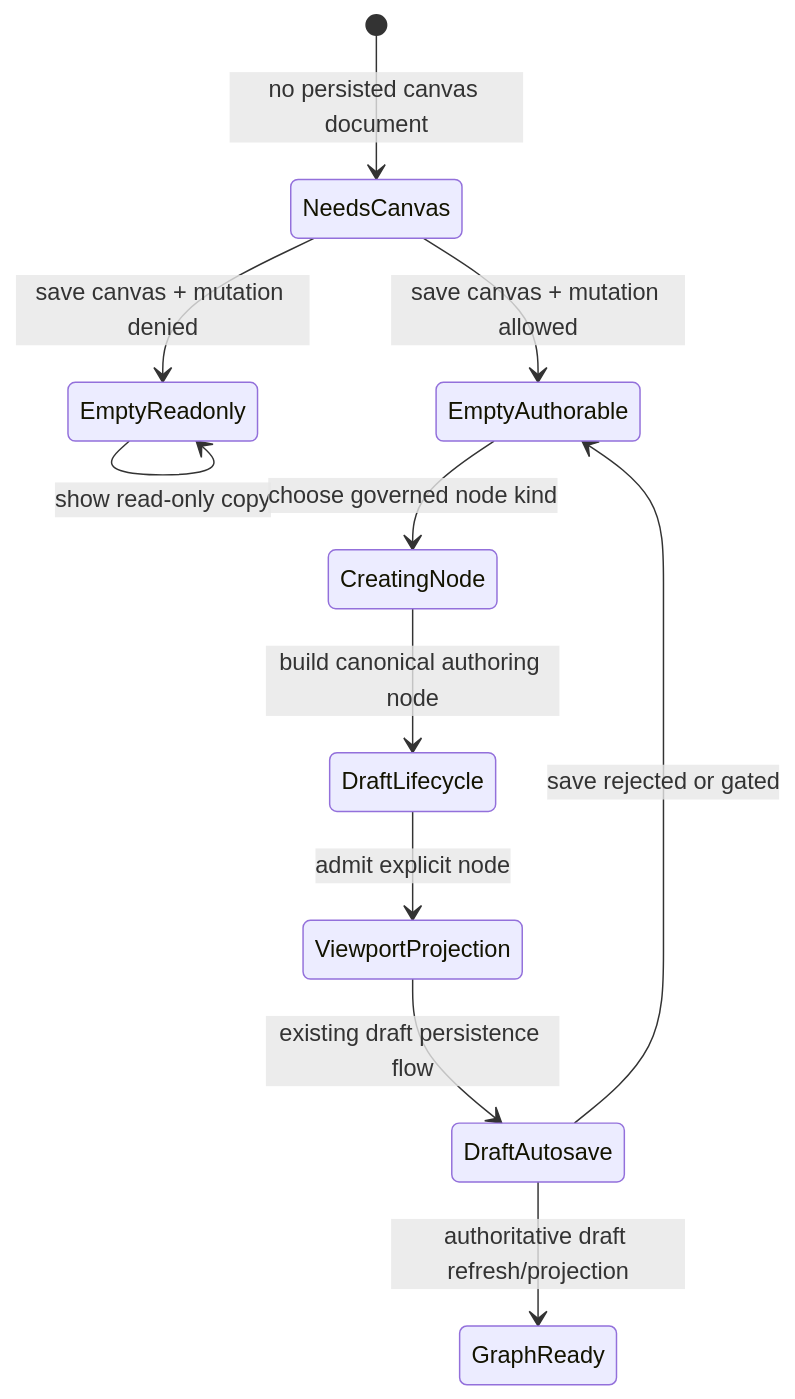
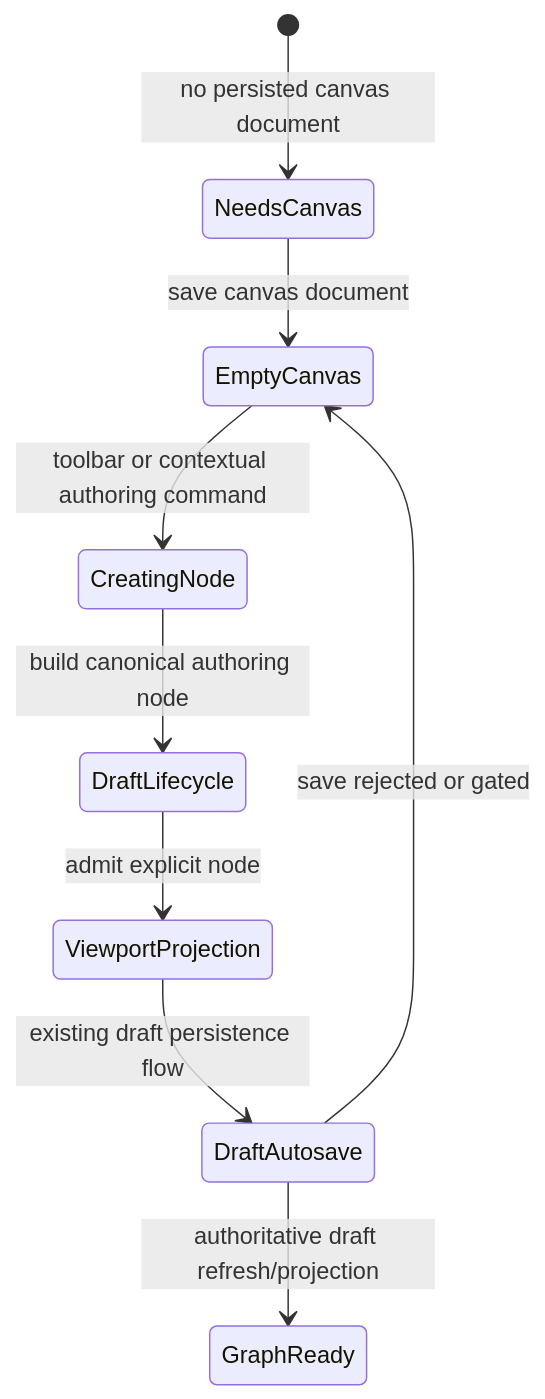
The first of 3 diagrams in docs/architecture/components/web/graph/canvas-empty-authoring-entrypoint-component.md (dunay2/dvt), drawn with Mermaid before and after one commit. The commit also changed other lines of this file and 64 other files, not shown here.

Commit message:
refactor(web): Retire obsolete empty Canvas guide (#2898)

````diff
--- a/docs/architecture/components/web/graph/canvas-empty-authoring-entrypoint-component.md
+++ b/docs/architecture/components/web/graph/canvas-empty-authoring-entrypoint-component.md
@@ -90,13 +90,11 @@
 ```mermaid
 stateDiagram-v2
   [*] --> NeedsCanvas: no persisted canvas document
-  NeedsCanvas --> EmptyReadonly: save canvas + mutation denied
-  NeedsCanvas --> EmptyAuthorable: save canvas + mutation allowed
-  EmptyReadonly --> EmptyReadonly: show read-only copy
-  EmptyAuthorable --> CreatingNode: choose governed node kind
+  NeedsCanvas --> EmptyCanvas: save canvas document
+  EmptyCanvas --> CreatingNode: toolbar or contextual authoring command
   CreatingNode --> DraftLifecycle: build canonical authoring node
   DraftLifecycle --> ViewportProjection: admit explicit node
   ViewportProjection --> DraftAutosave: existing draft persistence flow
-  DraftAutosave --> EmptyAuthorable: save rejected or gated
+  DraftAutosave --> EmptyCanvas: save rejected or gated
   DraftAutosave --> GraphReady: authoritative draft refresh/projection
 ```
````
